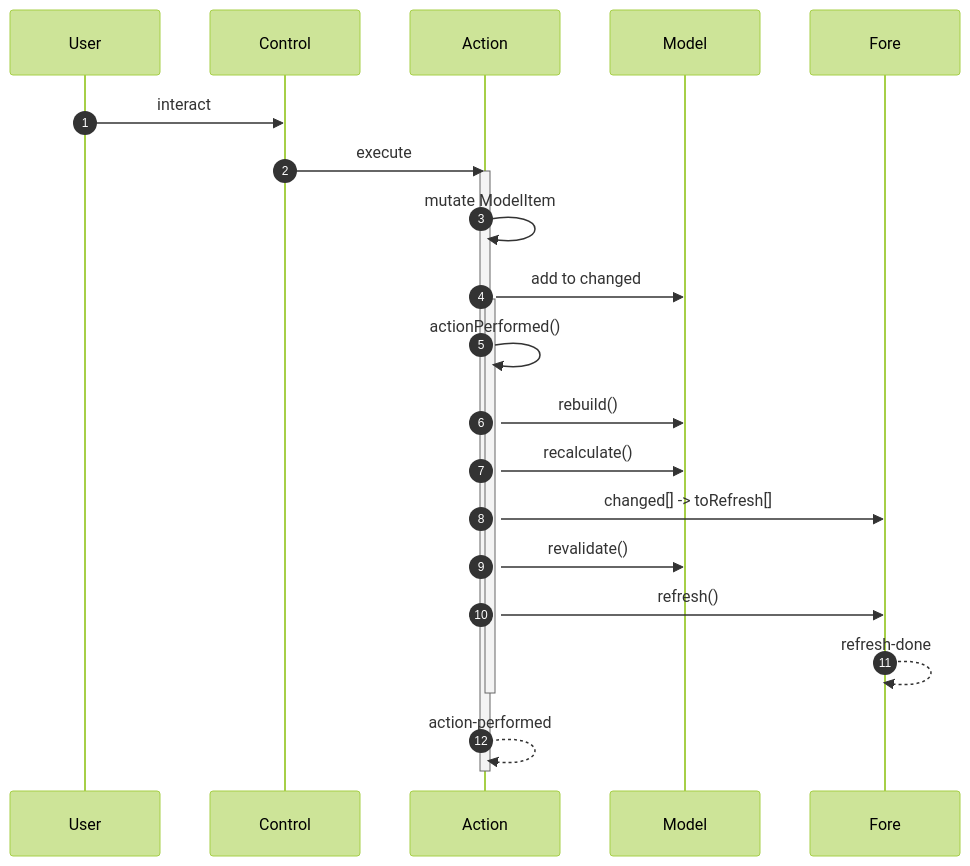
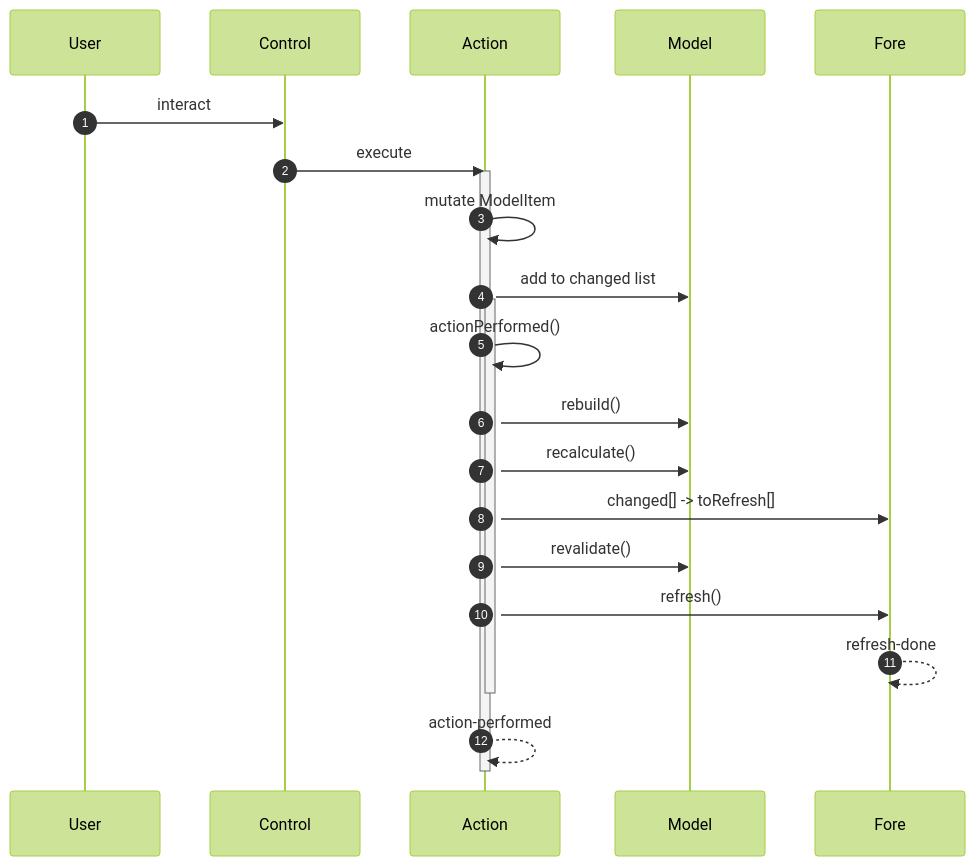
The diagram in content/architecture/update-cycle/_index.md (Jinntec/fore-docs), drawn with Mermaid (forest theme) before and after one commit. The commit also changed other lines of this file and 19 other files, not shown here.

```diff
--- a/content/architecture/update-cycle/_index.md
+++ b/content/architecture/update-cycle/_index.md
@@ -10,30 +12,30 @@
 {{<mermaid align="left">}}
 sequenceDiagram
     autonumber
     
     participant User
     participant Control
     participant Action
     participant Model
     participant Fore
     
     User->>Control: interact
     
     Control->>Action: execute
     
     activate Action
         Action->>Action: mutate ModelItem
-        Action->>Model: add to changed
+        Action->>Model: add to changed list
         activate Action
             Action->>Action: actionPerformed()
             Action->>Model: rebuild()
             Action->>Model: recalculate()
             Action->>Fore: changed[] -> toRefresh[]
             Action->>Model: revalidate()
             Action->>Fore: refresh()
             Fore-->>Fore: refresh-done
         deactivate Action
         Action-->>Action: action-performed
     deactivate Action
 
 {{< /mermaid >}}
```
